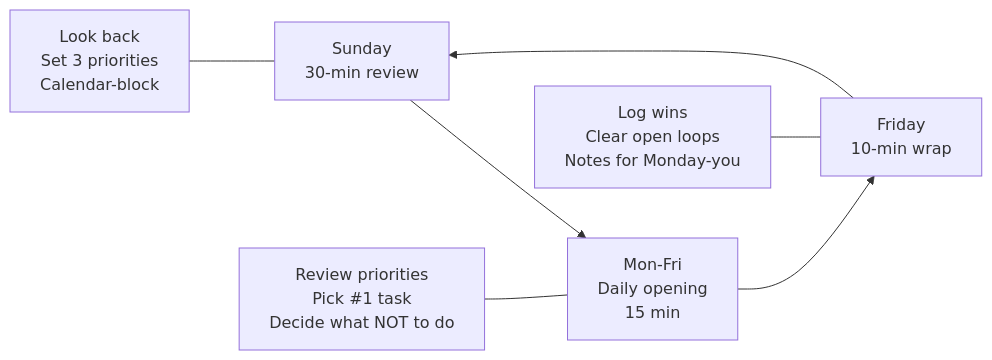
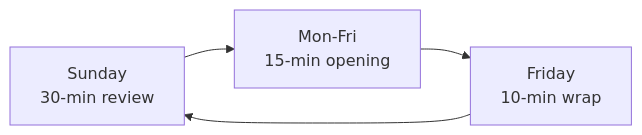
Before and after one commit to leotansingapore/aia-product-compass-hub: the first of 2 diagrams in docs/first-60-days/week-5/day-25.md, drawn with Mermaid. The commit also changed 6 other files, not shown here.

Commit message:
Day 25, 37, 39, 44, 45, 50, 55 charts now flow horizontally with trimmed labels — taller TD chains and over-decorated nodes simplified

````diff
--- a/docs/first-60-days/week-5/day-25.md
+++ b/docs/first-60-days/week-5/day-25.md
@@ -43,10 +43,4 @@
 ```mermaid
 flowchart LR
-    A["Sunday<br/>30-min review"] --> B["Mon-Fri<br/>Daily opening<br/>15 min"]
-    B --> C["Friday<br/>10-min wrap"]
-    C --> A
-
-    A1["Look back<br/>Set 3 priorities<br/>Calendar-block"] --- A
-    B1["Review priorities<br/>Pick #1 task<br/>Decide what NOT to do"] --- B
-    C1["Log wins<br/>Clear open loops<br/>Notes for Monday-you"] --- C
+    A["Sunday<br/>30-min review"] --> B["Mon-Fri<br/>15-min opening"] --> C["Friday<br/>10-min wrap"] --> A
 ```
````
